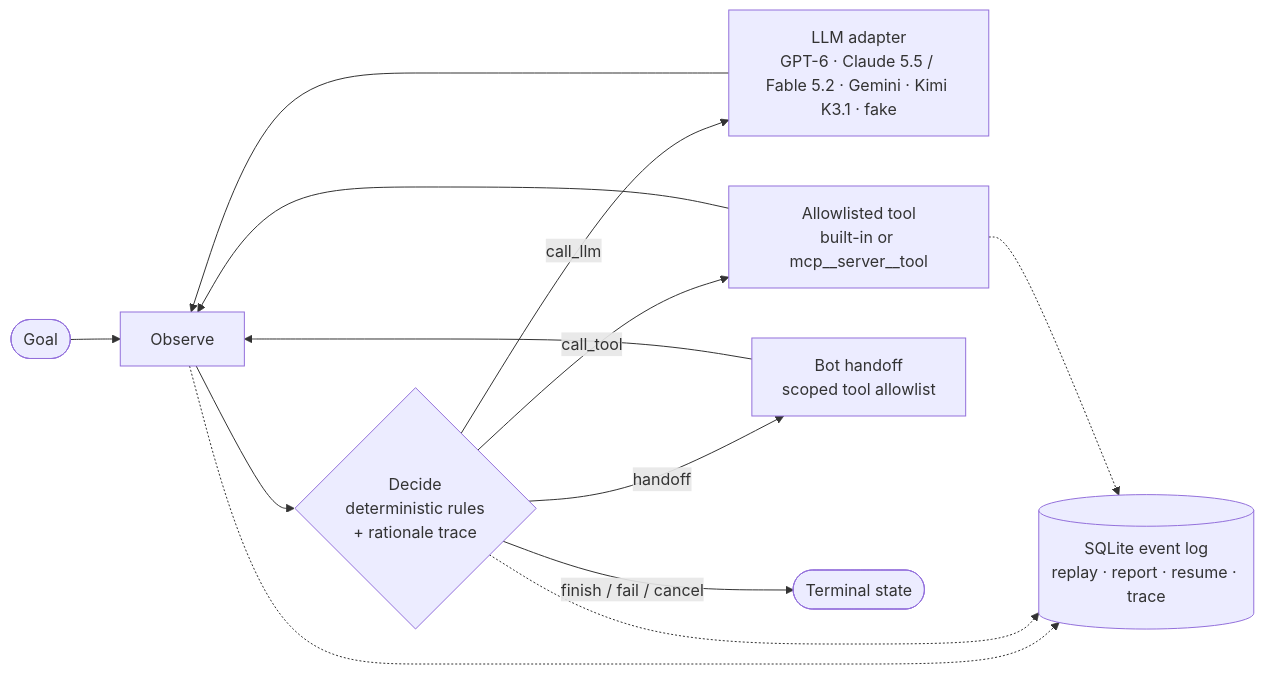
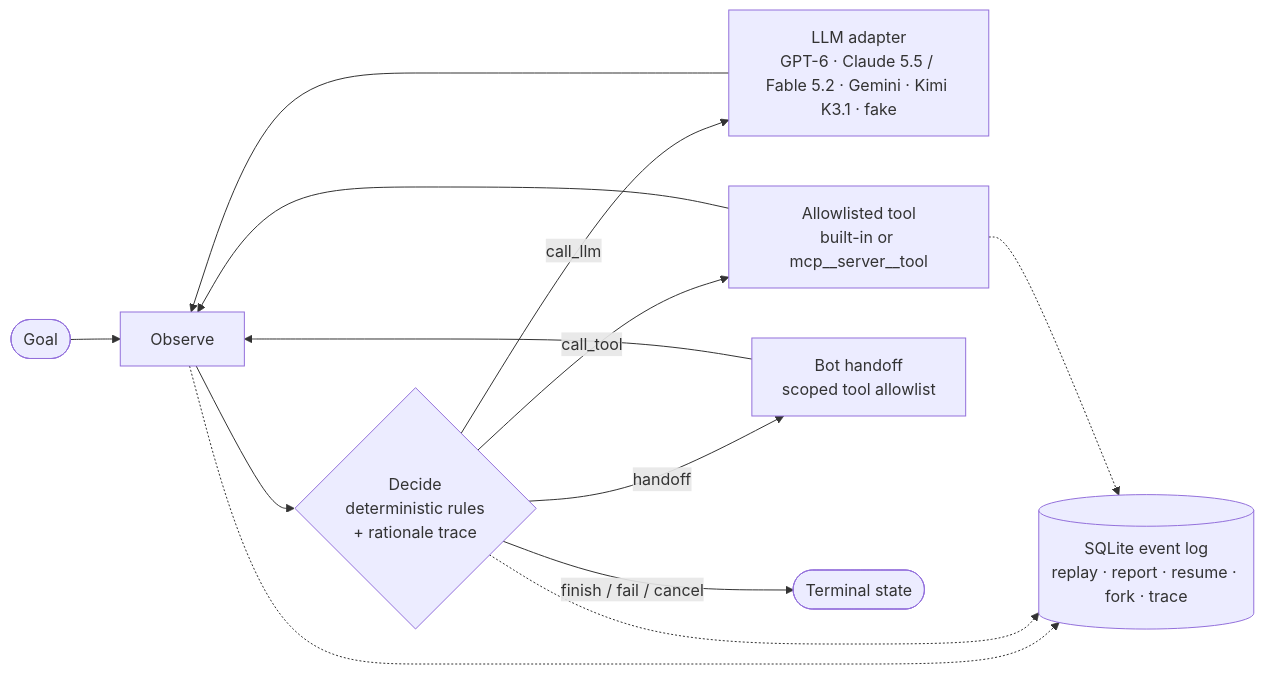
The diagram in README.md (Francis1998/multi-bot-agentic), drawn with Mermaid before and after one commit. The commit also changed other lines of this file and 10 other files, not shown here.

````diff
--- a/README.md
+++ b/README.md
@@ -37,15 +37,15 @@
 ```mermaid
 flowchart LR
     goal([Goal]) --> observe[Observe]
     observe --> decide{"Decide<br/>deterministic rules<br/>+ rationale trace"}
     decide -->|call_llm| llm["LLM adapter<br/>GPT-6 · Claude 5.5 / Fable 5.2 · Gemini · Kimi K3.1 · fake"]
     decide -->|call_tool| tool["Allowlisted tool<br/>built-in or mcp__server__tool"]
     decide -->|handoff| bot["Bot handoff<br/>scoped tool allowlist"]
     decide -->|finish / fail / cancel| done([Terminal state])
     llm --> observe
     tool --> observe
     bot --> observe
-    observe -.-> log[("SQLite event log<br/>replay · report · resume · trace")]
+    observe -.-> log[("SQLite event log<br/>replay · report · resume · fork · trace")]
     decide -.-> log
     tool -.-> log
 ```
````
